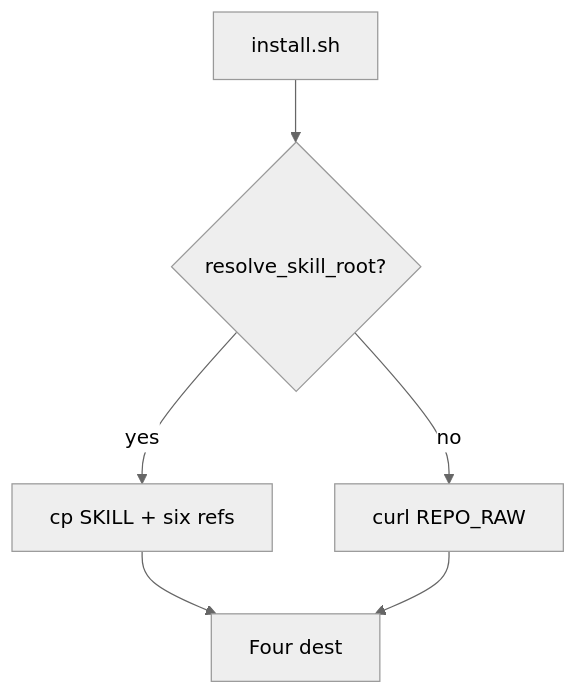
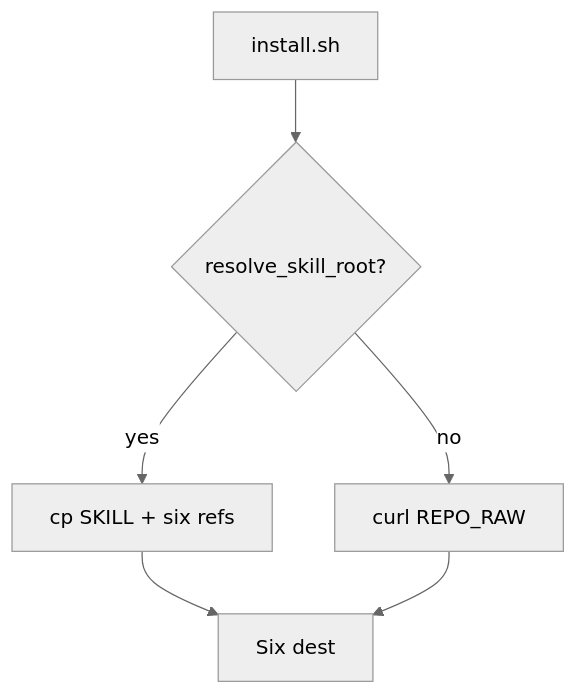
The diagram in docs/features/installer/README.md (pedroknigge/grok-build-skill), drawn with Mermaid (neutral theme) before and after one commit. The commit also changed other lines of this file and 18 other files, not shown here.

````diff
--- a/docs/features/installer/README.md
+++ b/docs/features/installer/README.md
@@ -48,8 +49,8 @@
 ```mermaid
 flowchart TD
   Start[install.sh] --> Root{resolve_skill_root?}
   Root -->|yes| Local[cp SKILL + six refs]
   Root -->|no| Remote[curl REPO_RAW]
-  Local --> Dest[Four dest]
+  Local --> Dest[Six dest]
   Remote --> Dest
 ```
````
